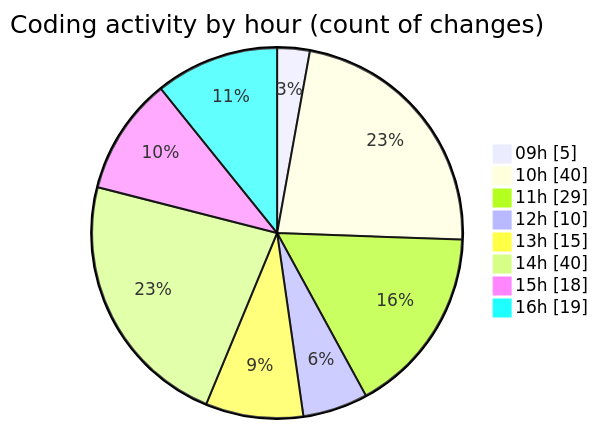
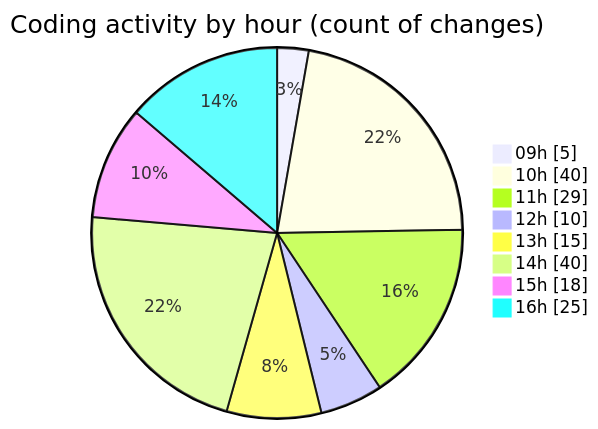
The second of 2 diagrams in 2025-06-02/ecodeli-1/README.md (CELIANVF/code-tracking), drawn with Mermaid before and after one commit. The commit also changed other lines of this file and 1 other file, not shown here.

````diff
--- a/2025-06-02/ecodeli-1/README.md
+++ b/2025-06-02/ecodeli-1/README.md
@@ -99,12 +102,12 @@
 ```mermaid
 pie showData
 title Coding activity by hour (count of changes)
 "09h" : 5
 "10h" : 40
 "11h" : 29
 "12h" : 10
 "13h" : 15
 "14h" : 40
 "15h" : 18
-"16h" : 19
+"16h" : 25
 ```
````
